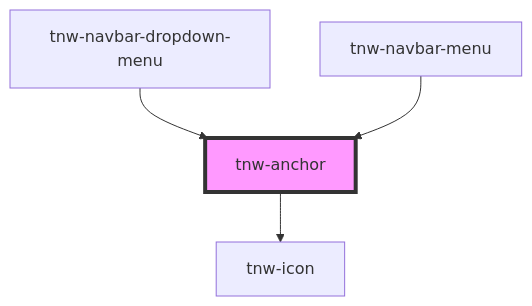
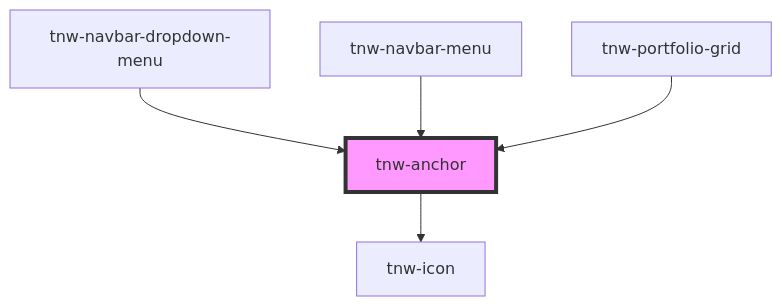
Before and after one commit to technway/technway-component-library: the diagram in packages/stencil-library/src/components/tnw-anchor/readme.md, drawn with Mermaid. The commit also changed other lines of this file and 19 other files, not shown here.

Commit message:
feat(tnw-button): implement tnw-portfolio component

````diff
--- a/packages/stencil-library/src/components/tnw-anchor/readme.md
+++ b/packages/stencil-library/src/components/tnw-anchor/readme.md
@@ -96,7 +97,8 @@
 ```mermaid
 graph TD;
   tnw-anchor --> tnw-icon
   tnw-navbar-dropdown-menu --> tnw-anchor
   tnw-navbar-menu --> tnw-anchor
+  tnw-portfolio-grid --> tnw-anchor
   style tnw-anchor fill:#f9f,stroke:#333,stroke-width:4px
 ```
````
